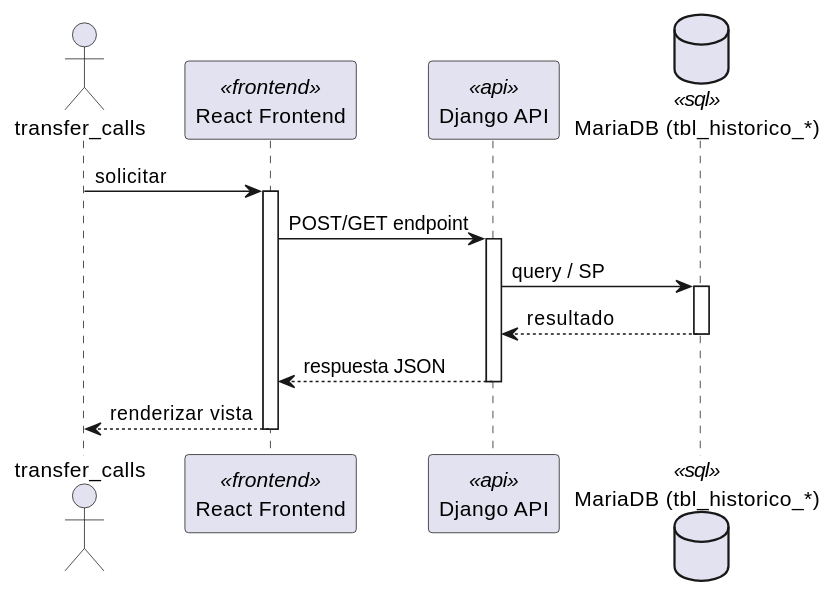
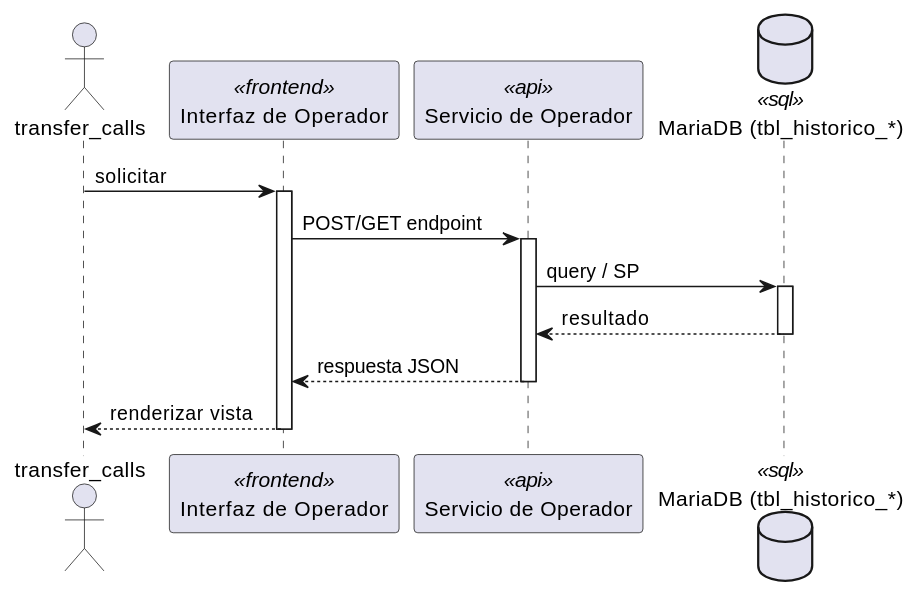
The first of 2 diagrams in source/arquitectura-tecnica/DesignView/opr-05.rst (jcg-admin/IACT-docs), drawn with PlantUML before and after one commit. The commit also changed other lines of this file and 243 other files, not shown here.

First line of the commit message:
Add missing diagrams and fix participant names across Kruchten views

```diff
--- a/source/arquitectura-tecnica/DesignView/opr-05.rst
+++ b/source/arquitectura-tecnica/DesignView/opr-05.rst
@@ -22,28 +22,28 @@
 .. uml::
  :caption: UC_OPR_05 — Design View (secuencia)
 
  @startuml
 
  actor "transfer_calls" as transfer_calls
- participant "React Frontend" as Frontend <<frontend>>
- participant "Django API" as APIServer <<api>>
- database "MariaDB (tbl_historico_*)" as BaseDatos <<sql>>
+ participant "Interfaz de Operador" as Iface <<frontend>>
+ participant "Servicio de Operador" as SvcNode <<api>>
+ database "MariaDB (tbl_historico_*)" as Store <<sql>>
 
- transfer_calls -> Frontend : solicitar
- activate Frontend
+ transfer_calls -> Iface : solicitar
+ activate Iface
 
- Frontend -> APIServer : POST/GET endpoint
- activate APIServer
+ Iface -> SvcNode : POST/GET endpoint
+ activate SvcNode
 
- APIServer -> BaseDatos : query / SP
- activate BaseDatos
- BaseDatos --> APIServer : resultado
- deactivate BaseDatos
+ SvcNode -> Store : query / SP
+ activate Store
+ Store --> SvcNode : resultado
+ deactivate Store
 
- APIServer --> Frontend : respuesta JSON
- deactivate APIServer
+ SvcNode --> Iface : respuesta JSON
+ deactivate SvcNode
 
- Frontend --> transfer_calls : renderizar vista
- deactivate Frontend
+ Iface --> transfer_calls : renderizar vista
+ deactivate Iface
 
  @enduml
```
